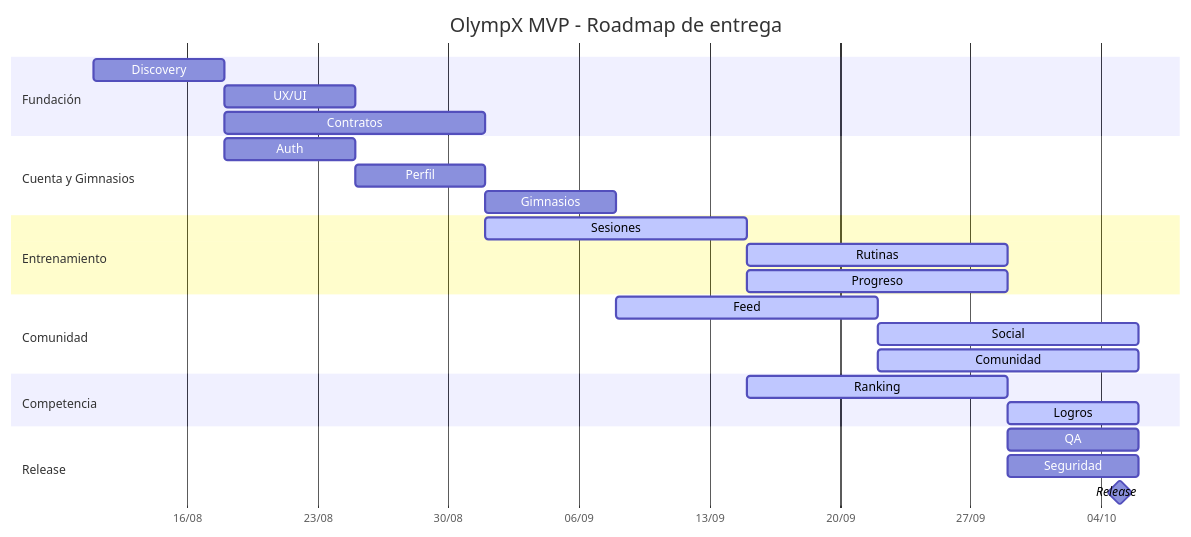
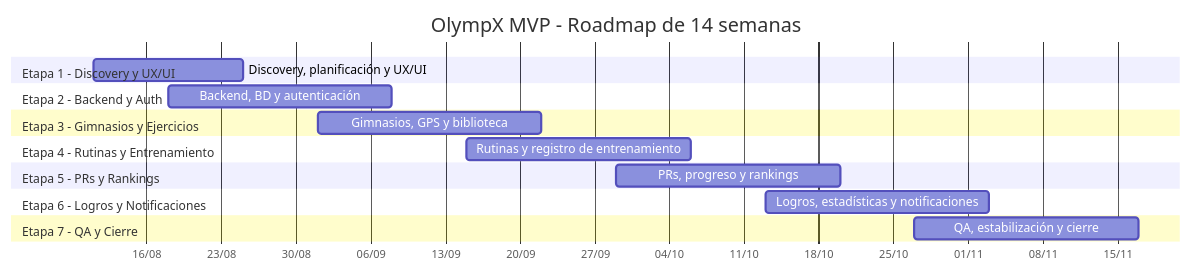
The diagram in CartaGanttMVP.md (dayca-software/dayca-olympx-doc), drawn with Mermaid before and after one commit. The commit also changed other lines of this file, not shown here.

Commit message:
feat: cartaGantt

````diff
--- a/CartaGanttMVP.md
+++ b/CartaGanttMVP.md
@@ -25,36 +33,28 @@
 ```mermaid
 gantt
-  title OlympX MVP - Roadmap de entrega
+  title OlympX MVP - Roadmap de 14 semanas
   dateFormat YYYY-MM-DD
   axisFormat %d/%m
   todayMarker stroke-width:2px,stroke:#F59E0B
 
-  section Fundación
-  Discovery                                    :foundation, 2026-08-11, 7d
-  UX/UI                                        :ux, after foundation, 7d
-  Contratos                                    :contracts, after foundation, 14d
+  section Etapa 1 - Discovery y UX/UI
+  Discovery, planificación y UX/UI          :e1, 2026-08-11, 14d
 
-  section Cuenta y Gimnasios
-  Auth                                         :auth, 2026-08-18, 7d
-  Perfil                                       :profile, after auth, 7d
-  Gimnasios                                    :gyms, after profile, 7d
+  section Etapa 2 - Backend y Auth
+  Backend, BD y autenticación                :e2, 2026-08-18, 21d
 
-  section Entrenamiento
-  Sesiones                                     :active, sessions, 2026-09-01, 14d
-  Rutinas                                      :active, routines, after sessions, 14d
-  Progreso                                     :active, progress, after sessions, 14d
+  section Etapa 3 - Gimnasios y Ejercicios
+  Gimnasios, GPS y biblioteca                :e3, 2026-09-01, 21d
 
-  section Comunidad
-  Feed                                         :active, feed, 2026-09-08, 14d
-  Social                                       :active, social, after feed, 14d
-  Comunidad                                    :active, community, after feed, 14d
+  section Etapa 4 - Rutinas y Entrenamiento
+  Rutinas y registro de entrenamiento        :e4, 2026-09-15, 21d
 
-  section Competencia
-  Ranking                                      :active, ranking, 2026-09-15, 14d
-  Logros                                       :active, achievements, after ranking, 7d
+  section Etapa 5 - PRs y Rankings
+  PRs, progreso y rankings                   :e5, 2026-09-29, 21d
 
-  section Release
-  QA                                           :qa, 2026-09-29, 7d
-  Seguridad                                    :security, 2026-09-29, 7d
-  Release                                      :milestone, release, 2026-10-05, 0d
+  section Etapa 6 - Logros y Notificaciones
+  Logros, estadísticas y notificaciones      :e6, 2026-10-13, 21d
+
+  section Etapa 7 - QA y Cierre
+  QA, estabilización y cierre                 :e7, 2026-10-27, 21d
 ```
````
